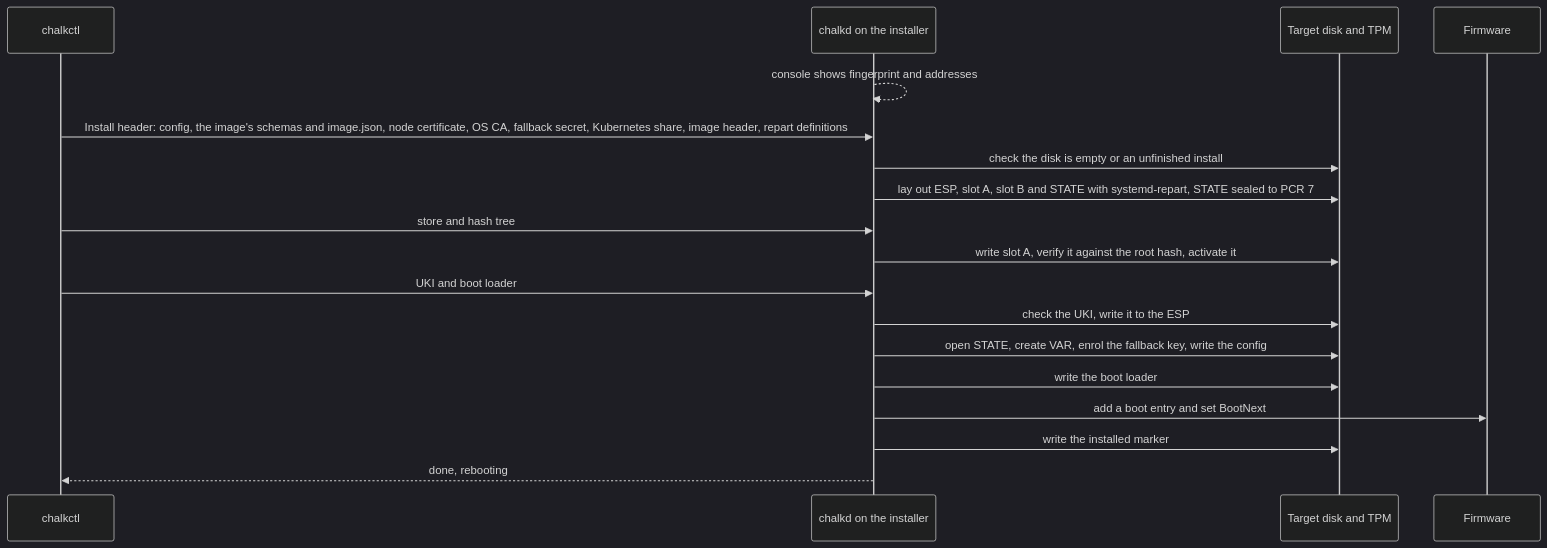
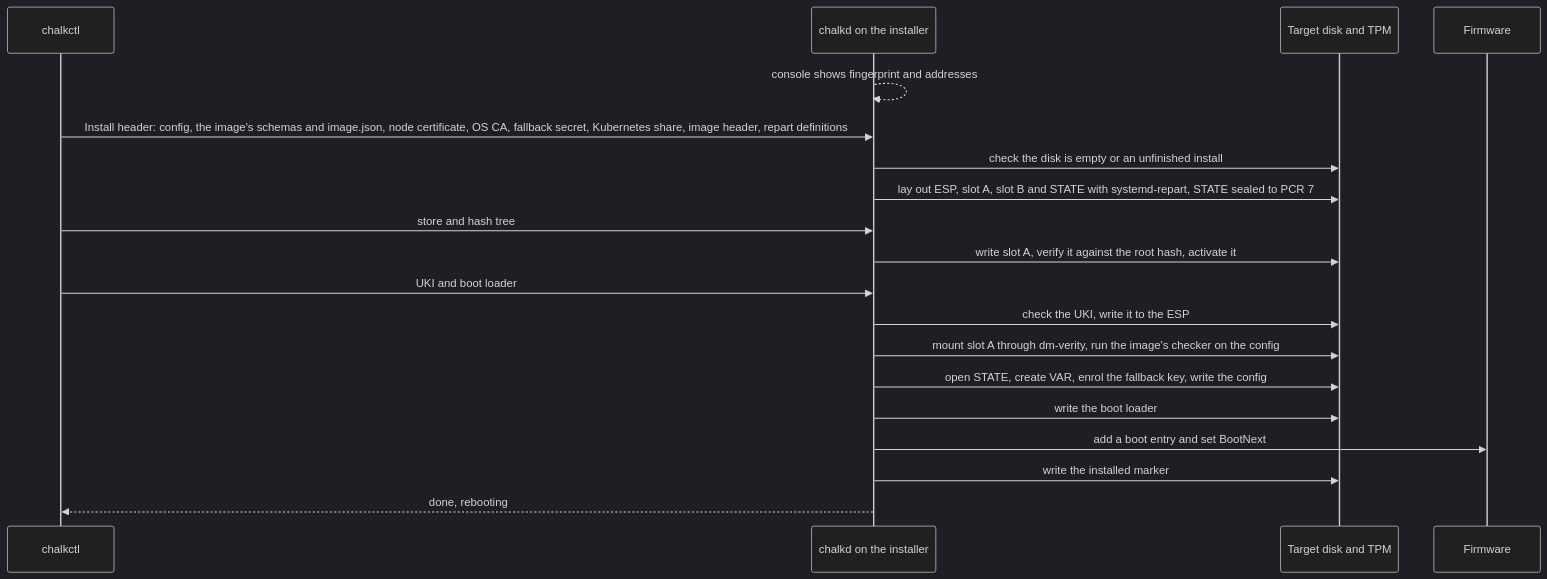
Before and after one commit to trevex/chalkos: the second of 2 diagrams in docs/contribute/architecture.md, drawn with Mermaid (dark theme). The commit also changed other lines of this file and 7 other files, not shown here.

Commit message:
docs: the installed image checks an install's config, and boots run no validators

````diff
--- a/docs/contribute/architecture.md
+++ b/docs/contribute/architecture.md
@@ -278,20 +278,21 @@
 ```mermaid
 sequenceDiagram
     participant chalkctl
     participant chalkd as chalkd on the installer
     participant disk as Target disk and TPM
     participant fw as Firmware
     chalkd-->>chalkd: console shows fingerprint and addresses
     chalkctl->>chalkd: Install header: config, the image's schemas and image.json, node certificate, OS CA, fallback secret, Kubernetes share, image header, repart definitions
     chalkd->>disk: check the disk is empty or an unfinished install
     chalkd->>disk: lay out ESP, slot A, slot B and STATE with systemd-repart, STATE sealed to PCR 7
     chalkctl->>chalkd: store and hash tree
     chalkd->>disk: write slot A, verify it against the root hash, activate it
     chalkctl->>chalkd: UKI and boot loader
     chalkd->>disk: check the UKI, write it to the ESP
+    chalkd->>disk: mount slot A through dm-verity, run the image's checker on the config
     chalkd->>disk: open STATE, create VAR, enrol the fallback key, write the config
     chalkd->>disk: write the boot loader
     chalkd->>fw: add a boot entry and set BootNext
     chalkd->>disk: write the installed marker
     chalkd-->>chalkctl: done, rebooting
 ```
````
